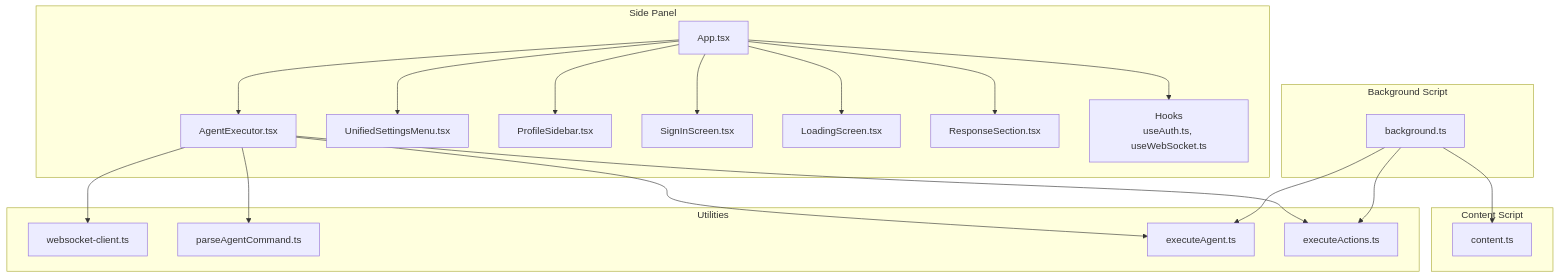
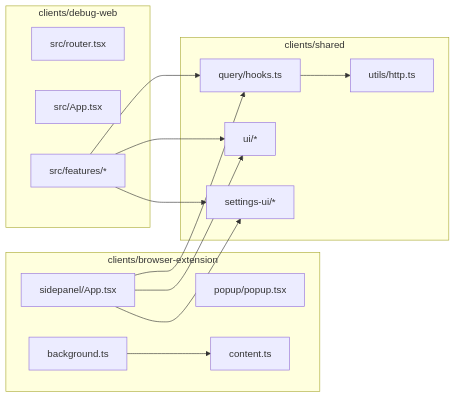
The second of 4 diagrams in src/data/docs/agentic-browser/Browser Extension/Browser Extension.md (tashifkhan/tashif.codes), drawn with Mermaid before and after one commit. The commit also changed other lines of this file and 114 other files, not shown here.

````diff
--- a/src/data/docs/agentic-browser/Browser Extension/Browser Extension.md
+++ b/src/data/docs/agentic-browser/Browser Extension/Browser Extension.md
@@ -14,39 +80,28 @@
 ```mermaid
-graph TB
-subgraph "Side Panel"
-SP_App["App.tsx"]
-SP_Agent["AgentExecutor.tsx"]
-SP_Settings["UnifiedSettingsMenu.tsx"]
-SP_Profile["ProfileSidebar.tsx"]
-SP_SignIn["SignInScreen.tsx"]
-SP_Loading["LoadingScreen.tsx"]
-SP_Response["ResponseSection.tsx"]
-SP_Hooks["Hooks<br/>useAuth.ts, useWebSocket.ts"]
-end
-subgraph "Background Script"
-BG["background.ts"]
-end
-subgraph "Content Script"
-CS["content.ts"]
-end
-subgraph "Utilities"
-U_WS["websocket-client.ts"]
-U_Parse["parseAgentCommand.ts"]
-U_ExecAgent["executeAgent.ts"]
-U_ExecActions["executeActions.ts"]
-end
-SP_App --> SP_Agent
-SP_App --> SP_Settings
-SP_App --> SP_Profile
-SP_App --> SP_SignIn
-SP_App --> SP_Loading
-SP_App --> SP_Response
-SP_App --> SP_Hooks
-SP_Agent --> U_WS
-SP_Agent --> U_Parse
-SP_Agent --> U_ExecAgent
-SP_Agent --> U_ExecActions
-BG --> CS
-BG --> U_ExecAgent
-BG --> U_ExecActions
+graph LR
+  subgraph Extension["clients/browser-extension"]
+    BG["background.ts"]
+    SP["sidepanel/App.tsx"]
+    PU["popup/popup.tsx"]
+    CS["content.ts"]
+  end
+  subgraph Console["clients/debug-web"]
+    ROUTER["src/router.tsx"]
+    SHELL["src/App.tsx"]
+    PAGES["src/features/*"]
+  end
+  subgraph Shared["clients/shared"]
+    HTTP["utils/http.ts"]
+    HK["query/hooks.ts"]
+    UI["ui/*"]
+    SET["settings-ui/*"]
+  end
+  SP --> HK
+  PAGES --> HK
+  HK --> HTTP
+  SP --> UI
+  PAGES --> UI
+  SP --> SET
+  PAGES --> SET
+  BG --> CS
 ```
````
